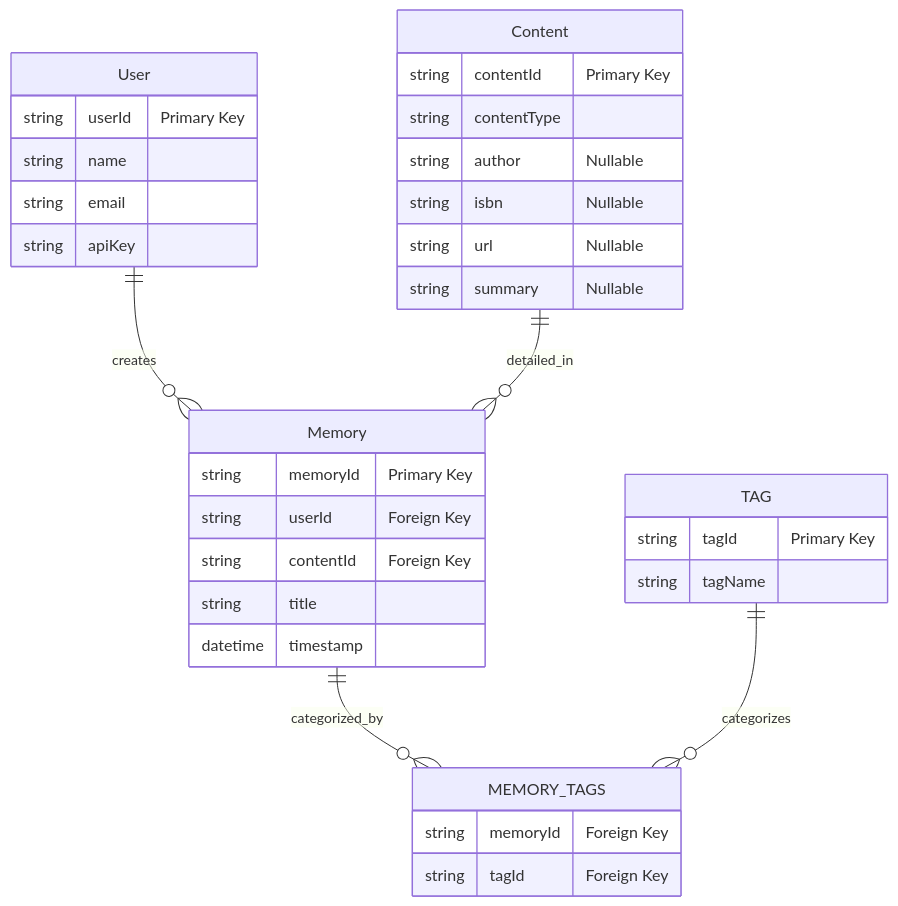
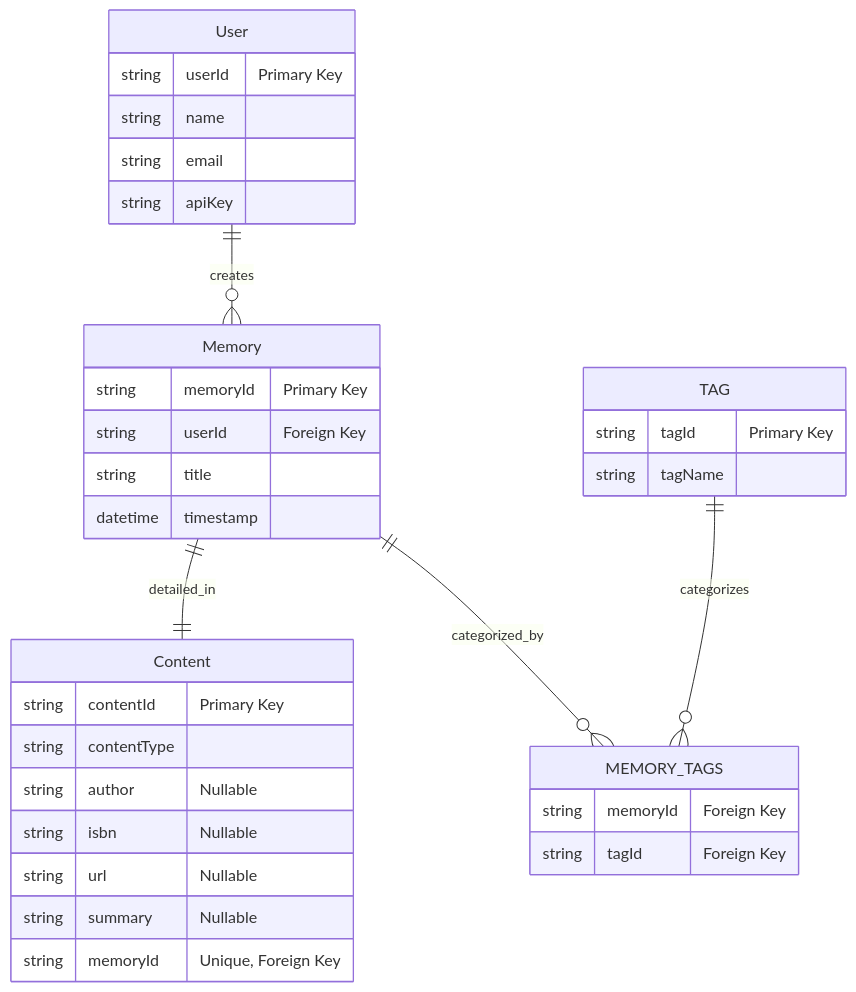
The diagram in docs/design.md (Raven-Knowledge-System/raven-api), drawn with Mermaid before and after one commit. The commit also changed 7 other files, not shown here.

````diff
--- a/docs/design.md
+++ b/docs/design.md
@@ -7,41 +7,41 @@
 ```mermaid
 erDiagram
     User {
         string userId "Primary Key"
         string name
         string email
         string apiKey
     }
 
     Content {
         string contentId "Primary Key"
         string contentType
         string author "Nullable"
         string isbn "Nullable"
         string url "Nullable"
         string summary "Nullable"
+        string memoryId "Unique, Foreign Key"
     }
 
     Memory {
         string memoryId "Primary Key"
         string userId "Foreign Key"
-        string contentId "Foreign Key"
         string title
         datetime timestamp
     }
 
     TAG {
         string tagId "Primary Key"
         string tagName
     }
 
     MEMORY_TAGS {
         string memoryId "Foreign Key"
         string tagId "Foreign Key"
     }
 
     User ||--o{ Memory : "creates"
-    Content ||--o{ Memory : "detailed_in"
+    Memory ||--|| Content : "detailed_in"
     Memory ||--o{ MEMORY_TAGS : "categorized_by"
     TAG ||--o{ MEMORY_TAGS : "categorizes"
 ```
````
